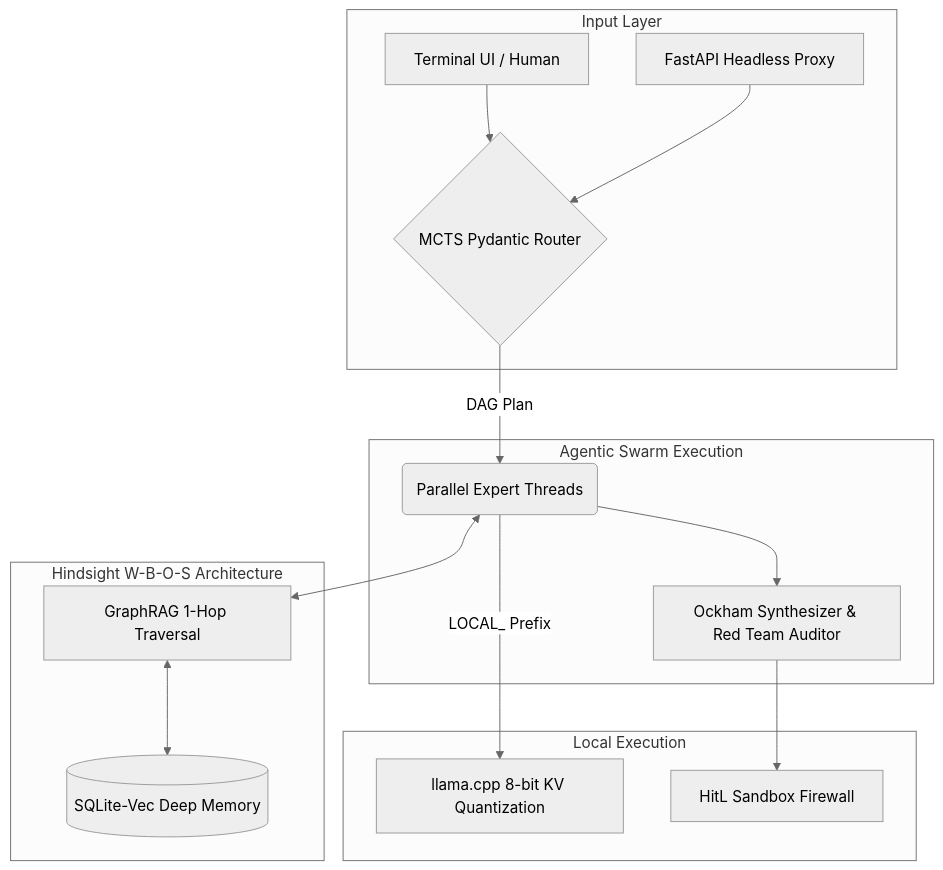
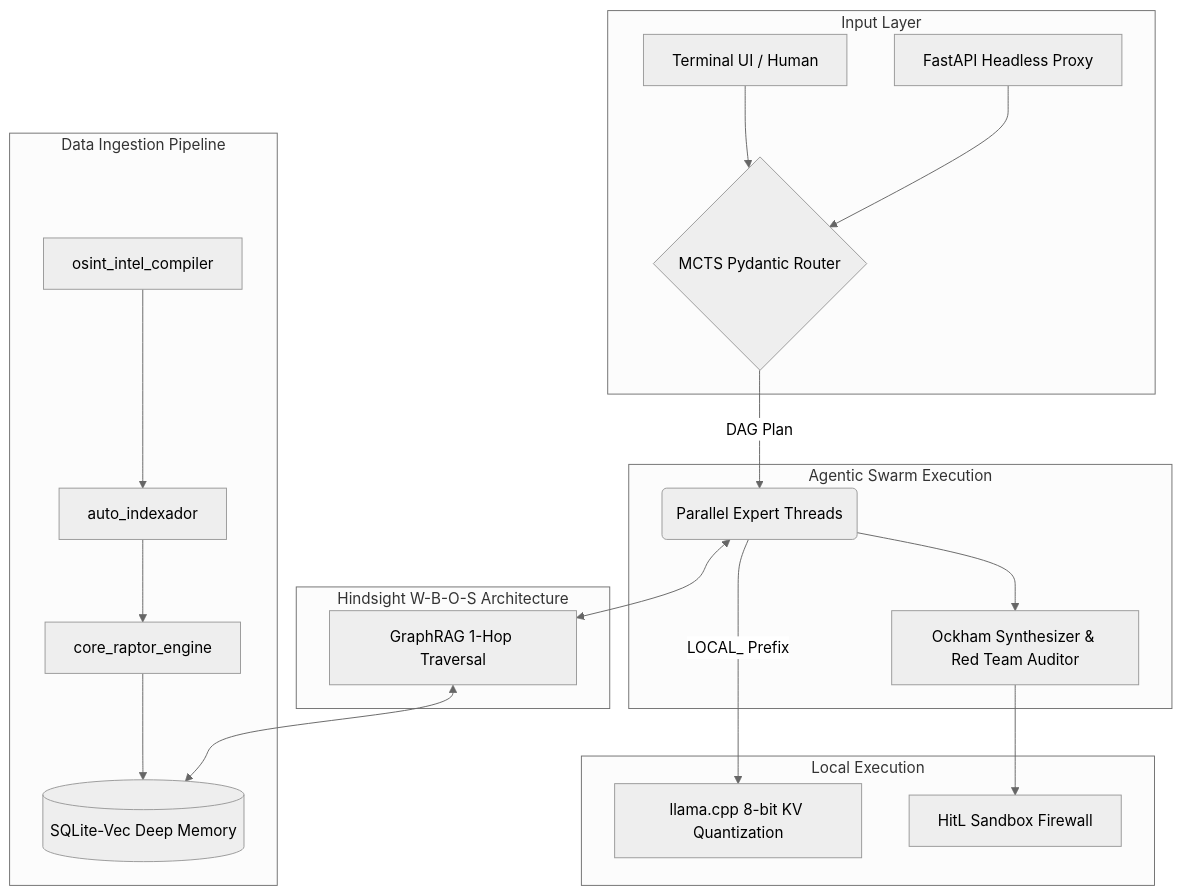
One commit to rlozanointel/vromlix-cognitive-architecture changed the diagram in README.md. Above: the diagram before and after it, drawn with Mermaid (neutral theme). The commit also changed other lines of this file, not shown here.

Commit message:
docs: add ingestion pipeline architecture diagram and technical highlights to README

````diff
--- a/README.md
+++ b/README.md
@@ -9,22 +9,28 @@
 ```mermaid
 graph TD;
+    subgraph Ingestion[Data Ingestion Pipeline]
+        I1[osint_intel_compiler] --> I2[auto_indexador]
+        I2 --> I3[core_raptor_engine]
+        I3 --> F[(SQLite-Vec Deep Memory)]
+    end
+
     subgraph Interfaces[Input Layer]
         A[Terminal UI / Human] --> B{MCTS Pydantic Router};
         A2[FastAPI Headless Proxy] --> B;
     end
 
     subgraph Cognitive Core[Agentic Swarm Execution]
         B -->|DAG Plan| C(Parallel Expert Threads);
         C --> D[Ockham Synthesizer & Red Team Auditor];
     end
 
     subgraph Sovereign Memory[Hindsight W-B-O-S Architecture]
         C <--> E[GraphRAG 1-Hop Traversal];
-        E <--> F[(SQLite-Vec Deep Memory)];
+        E <--> F;
     end
 
     subgraph Edge Compute[Local Execution]
         C -->|LOCAL_ Prefix| G[llama.cpp 8-bit KV Quantization];
         D --> H[HitL Sandbox Firewall];
     end
 ```
````
